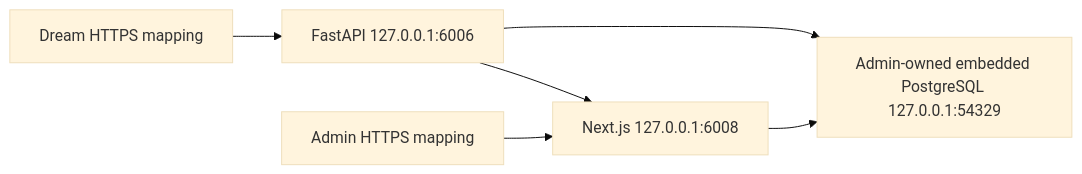
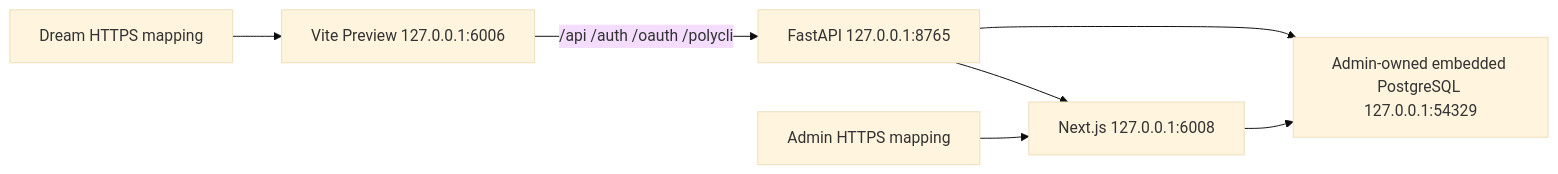
The diagram in docs/deploy/autodl.md (glide-the/im-dream), drawn with Mermaid (base theme) before and after one commit. The commit also changed other lines of this file and 8 other files, not shown here.

````diff
--- a/docs/deploy/autodl.md
+++ b/docs/deploy/autodl.md
@@ -12,8 +12,9 @@
 ```mermaid
 flowchart LR
-  DreamPublic["Dream HTTPS mapping"] --> Dream["FastAPI 127.0.0.1:6006"]
+  DreamPublic["Dream HTTPS mapping"] --> Frontend["Vite Preview 127.0.0.1:6006"]
+  Frontend -->|"/api /auth /oauth /polycli"| Dream["FastAPI 127.0.0.1:8765"]
   AdminPublic["Admin HTTPS mapping"] --> Admin["Next.js 127.0.0.1:6008"]
   Dream --> Admin
   Dream --> PG["Admin-owned embedded PostgreSQL 127.0.0.1:54329"]
   Admin --> PG
 ```
````
